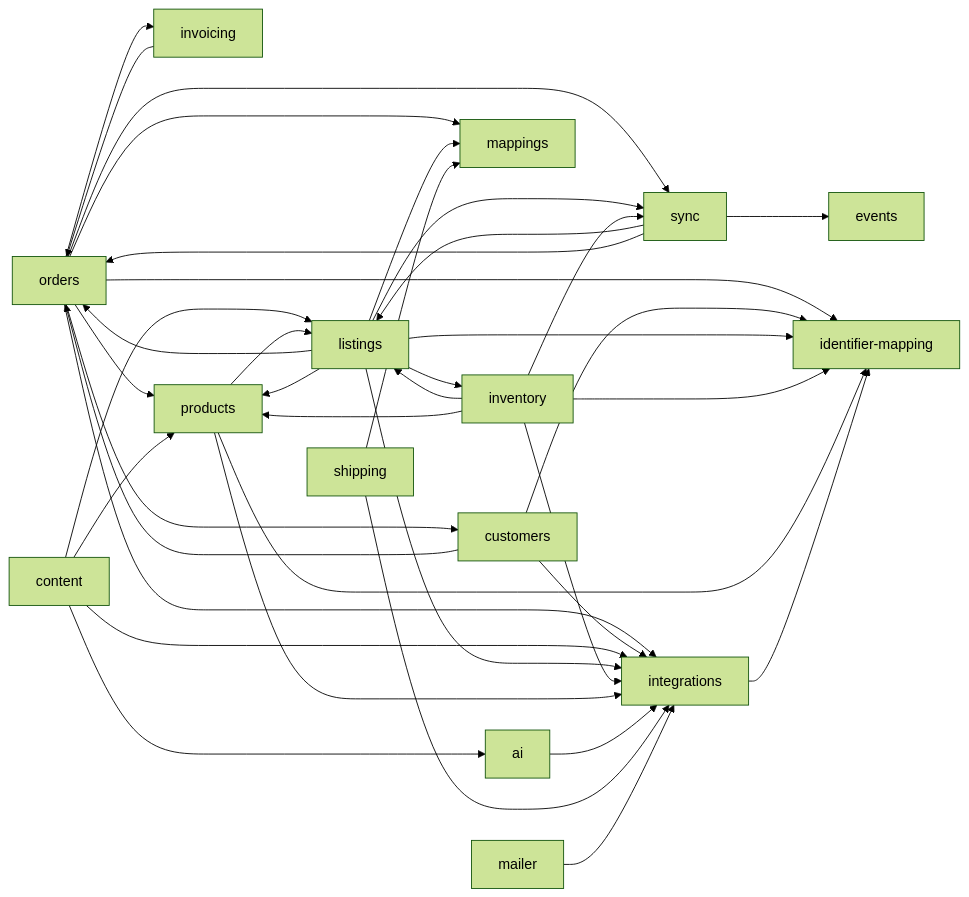
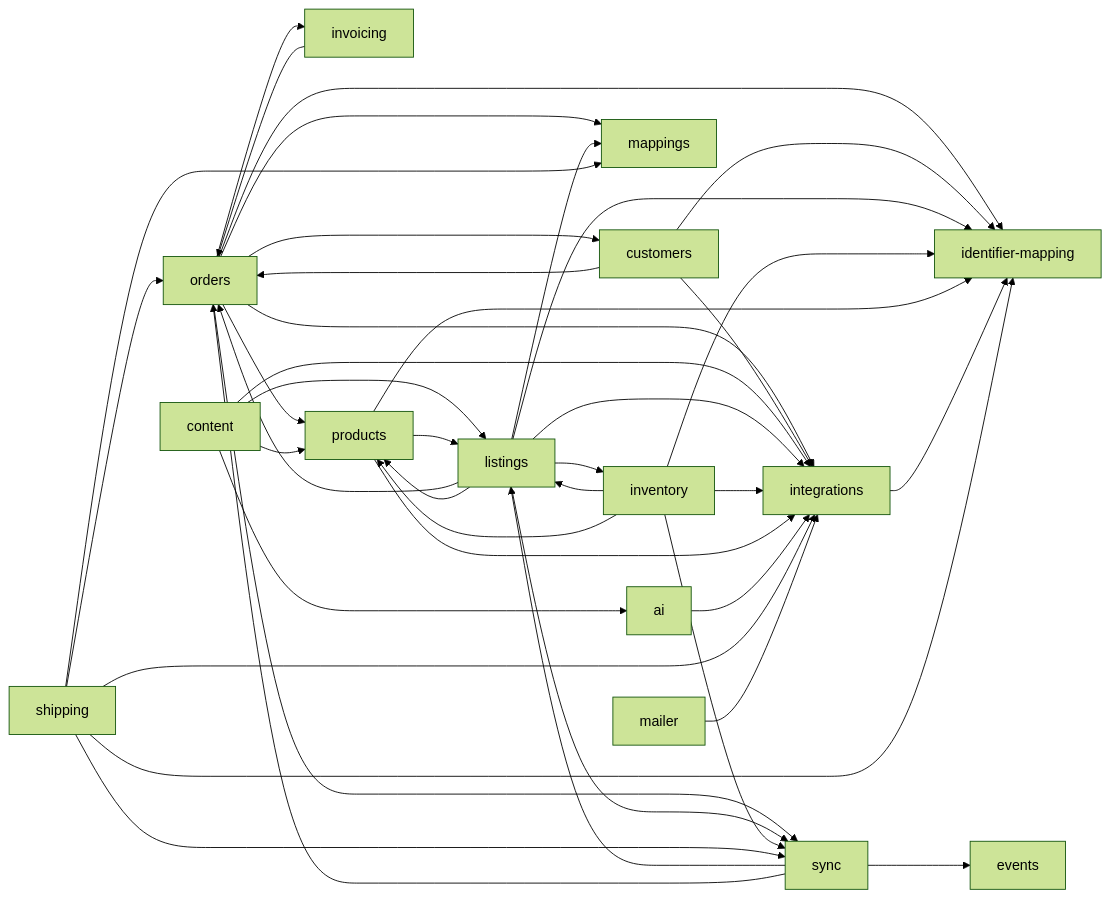
Before and after one commit to openlinker-project/openlinker: the diagram in docs/architecture-overview.md, drawn with Mermaid (forest theme). The commit also changed 19 other files, not shown here.

````diff
--- a/docs/architecture-overview.md
+++ b/docs/architecture-overview.md
@@ -1189,41 +1189,44 @@
 ```mermaid
 graph LR
   orders --> customers
   orders --> identifier-mapping
   orders --> integrations
   orders --> invoicing
   orders --> mappings
   orders --> products
   orders --> sync
   invoicing --> orders
   customers --> identifier-mapping
   customers --> integrations
   customers --> orders
   content --> ai
   content --> integrations
   content --> listings
   content --> products
   listings --> identifier-mapping
   listings --> integrations
   listings --> inventory
   listings --> mappings
   listings --> orders
   listings --> products
   listings --> sync
   inventory --> identifier-mapping
   inventory --> integrations
   inventory --> listings
   inventory --> products
   inventory --> sync
   products --> identifier-mapping
   products --> integrations
   products --> listings
   sync --> events
   sync --> listings
   sync --> orders
   ai --> integrations
   integrations --> identifier-mapping
   shipping --> integrations
   shipping --> mappings
+  shipping --> orders
+  shipping --> identifier-mapping
+  shipping --> sync
   mailer --> integrations
 ```
````
